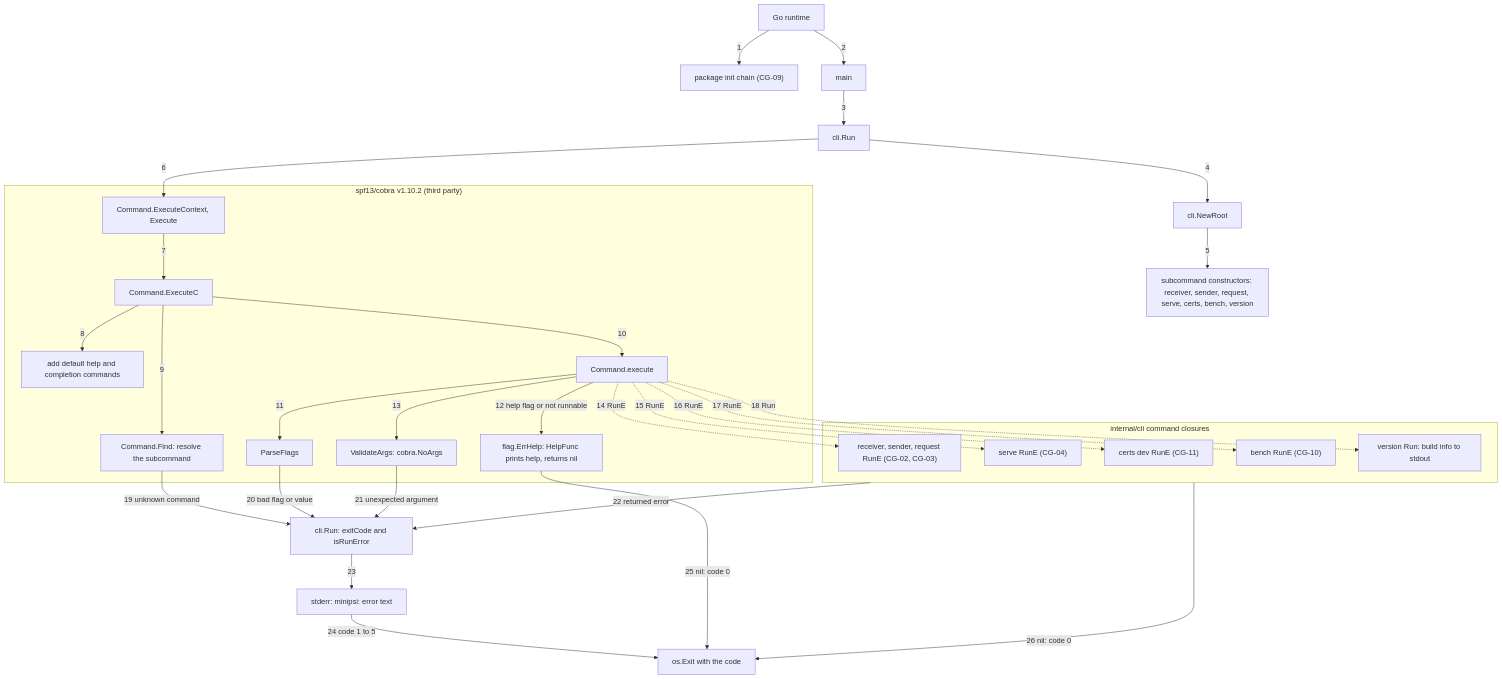
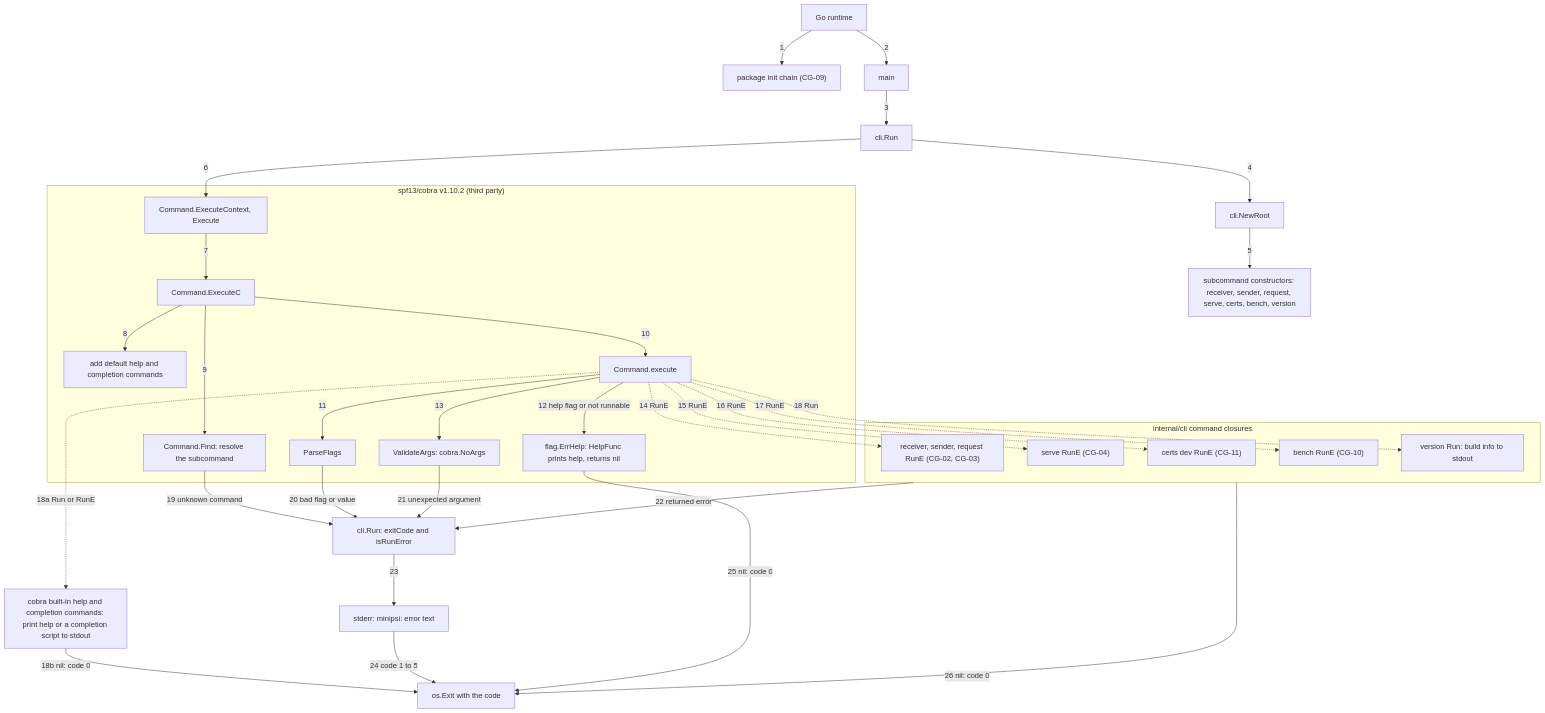
One commit to XSpring/minipsi-relay changed the first of 30 diagrams in docs/CALL_GRAPHS.md. Above: the diagram before and after it, drawn with Mermaid. The commit also changed other lines of this file and 3 other files, not shown here.

First line of the commit message:
docs(analysis): fix errors from the entry point and call graph review

````diff
--- a/docs/CALL_GRAPHS.md
+++ b/docs/CALL_GRAPHS.md
@@ -58,56 +58,58 @@
 ```mermaid
 flowchart TD
     RT["Go runtime"]
     INIT["package init chain (CG-09)"]
     MAIN["main"]
     RUN["cli.Run"]
     NR["cli.NewRoot"]
     CTOR["subcommand constructors: receiver, sender, request, serve, certs, bench, version"]
     subgraph COBRA["spf13/cobra v1.10.2 (third party)"]
         EC["Command.ExecuteContext, Execute"]
         ECC["Command.ExecuteC"]
         DEF["add default help and completion commands"]
         FIND["Command.Find: resolve the subcommand"]
         EX["Command.execute"]
         PF["ParseFlags"]
         HELP["flag.ErrHelp: HelpFunc prints help, returns nil"]
         VA["ValidateArgs: cobra.NoArgs"]
     end
     subgraph CMDS["internal/cli command closures"]
         PARTY["receiver, sender, request RunE (CG-02, CG-03)"]
         SERVE["serve RunE (CG-04)"]
         CERTS["certs dev RunE (CG-11)"]
         BENCH["bench RunE (CG-10)"]
         VER["version Run: build info to stdout"]
     end
     MAP["cli.Run: exitCode and isRunError"]
     ERR["stderr: minipsi: error text"]
     EXIT["os.Exit with the code"]
 
     RT -->|1| INIT
     RT -->|2| MAIN
     MAIN -->|3| RUN
     RUN -->|4| NR
     NR -->|5| CTOR
     RUN -->|6| EC
     EC -->|7| ECC
     ECC -->|8| DEF
     ECC -->|9| FIND
     ECC -->|10| EX
     EX -->|11| PF
     EX -->|12 help flag or not runnable| HELP
     EX -->|13| VA
     EX -.->|14 RunE| PARTY
     EX -.->|15 RunE| SERVE
     EX -.->|16 RunE| CERTS
     EX -.->|17 RunE| BENCH
     EX -.->|18 Run| VER
+    EX -.->|18a Run or RunE| BUILTIN["cobra built-in help and completion commands: print help or a completion script to stdout"]
+    BUILTIN -->|18b nil: code 0| EXIT
     FIND -->|19 unknown command| MAP
     PF -->|20 bad flag or value| MAP
     VA -->|21 unexpected argument| MAP
     CMDS -->|22 returned error| MAP
     MAP -->|23| ERR
     ERR -->|24 code 1 to 5| EXIT
     HELP -->|25 nil: code 0| EXIT
     CMDS -->|26 nil: code 0| EXIT
 ```
````
